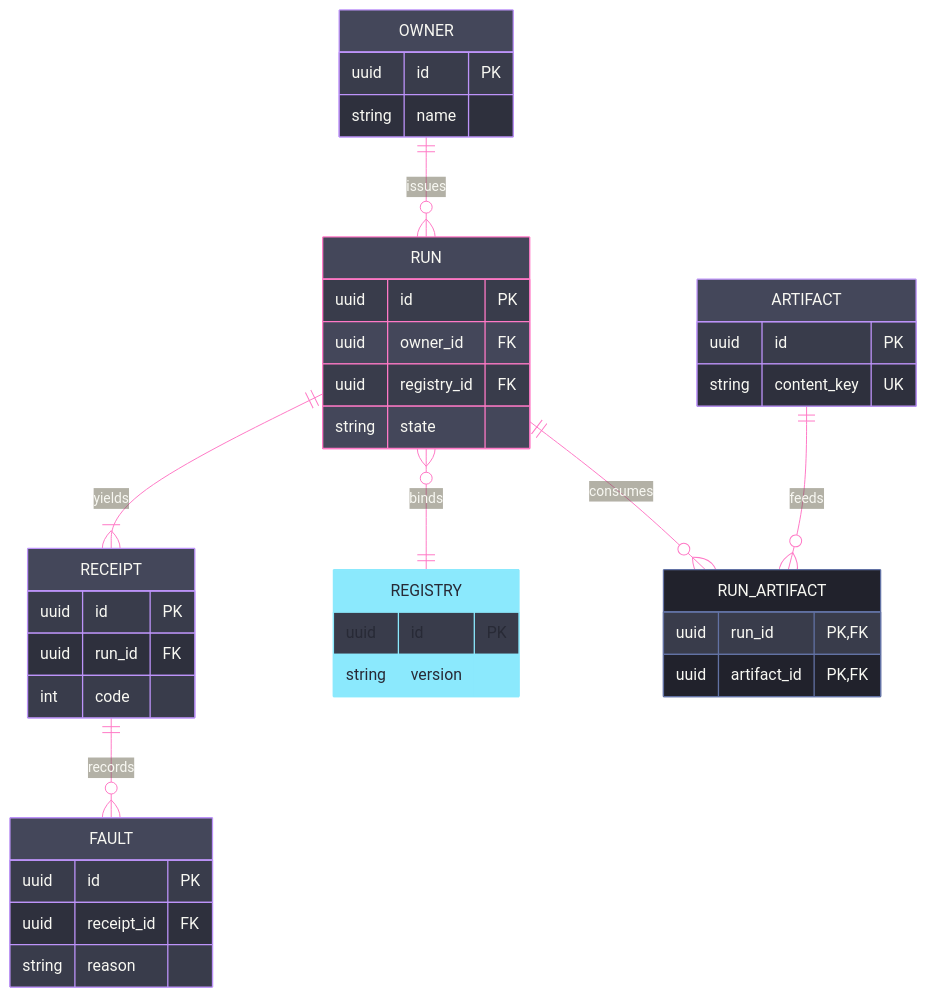
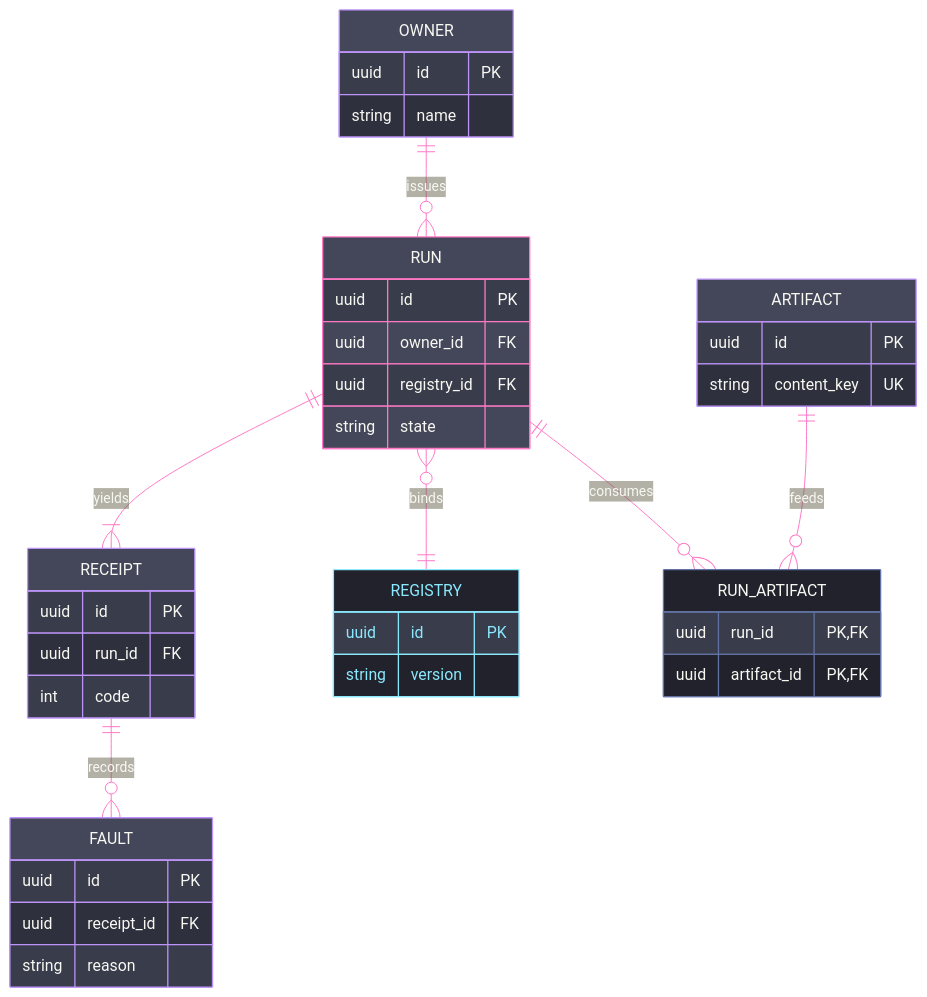
The diagram in .claude/skills/mermaid-diagramming/templates/schema.mmd.md (bsamiee/Rasm), drawn with Mermaid before and after one commit. The commit also changed other lines of this file and 51 other files, not shown here.

````diff
--- a/.claude/skills/mermaid-diagramming/templates/schema.mmd.md
+++ b/.claude/skills/mermaid-diagramming/templates/schema.mmd.md
@@ -5,66 +5,67 @@
 ```mermaid
 ---
 config:
   theme: base
+  themeCSS: ".nodeLabel{font-size:12px}.name .nodeLabel{font-size:14px;font-weight:600}.edgeLabel .nodeLabel{font-size:12.5px;font-weight:500}.relationshipLine{stroke-width:1.5px}"
   themeVariables:
     darkMode: true
     background: "#282A36"
     primaryColor: "#44475A"
     primaryTextColor: "#F8F8F2"
     primaryBorderColor: "#BD93F9"
     lineColor: "#FF79C6"
     textColor: "#F8F8F2"
     nodeBorder: "#BD93F9"
-    edgeLabelBackground: "#282A36"
+    edgeLabelBackground: "#44475A"
     attributeBackgroundColorOdd: "#282A36"
     attributeBackgroundColorEven: "#21222C"
-    fontFamily: "monospace"
+    fontFamily: "SF Mono, Menlo, Cascadia Mono, Segoe UI Mono, Consolas, monospace"
 ---
 erDiagram
     accTitle: Persistent entity schema
     accDescr: Typed entities around one aggregate root, every relationship backed by its foreign key and a junction entity resolving the many-to-many.
     OWNER ||--o{ RUN : issues
     RUN ||--|{ RECEIPT : yields
     RUN }o--|| REGISTRY : binds
     RECEIPT ||--o{ FAULT : records
     RUN ||--o{ RUN_ARTIFACT : consumes
     ARTIFACT ||--o{ RUN_ARTIFACT : feeds
     OWNER {
         uuid id PK
         string name
     }
     RUN {
         uuid id PK
         uuid owner_id FK
         uuid registry_id FK
         string state
     }
     RECEIPT {
         uuid id PK
         uuid run_id FK
         int code
     }
     REGISTRY {
         uuid id PK
         string version
     }
     FAULT {
         uuid id PK
         uuid receipt_id FK
         string reason
     }
     ARTIFACT {
         uuid id PK
         string content_key UK
     }
     RUN_ARTIFACT {
         uuid run_id PK, FK
         uuid artifact_id PK, FK
     }
     classDef primary fill:#44475A,stroke:#FF79C6,color:#F8F8F2
     classDef recessed fill:#21222C,stroke:#6272A4,color:#F8F8F2
-    classDef external fill:#8BE9FD,stroke:#8BE9FD,color:#282A36
+    classDef external fill:#21222C,stroke:#8BE9FD,color:#8BE9FD
     class RUN primary
     class RUN_ARTIFACT recessed
     class REGISTRY external
 ```
````
